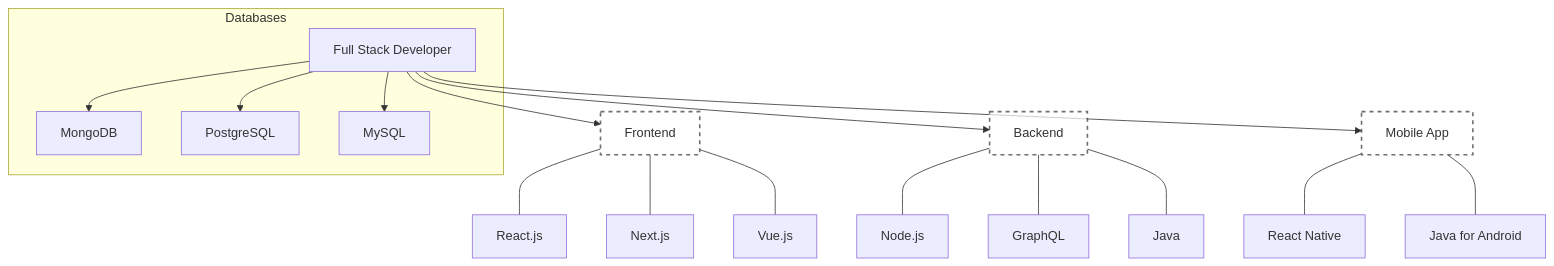
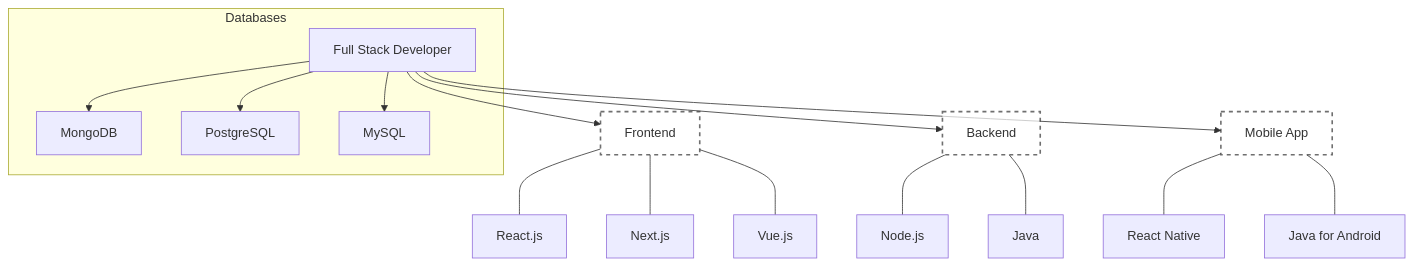
One commit to Abenu-Y/Abenu-Y changed the diagram in README.md. Above: the diagram before and after it, drawn with Mermaid. The commit also changed other lines of this file, not shown here.

````diff
--- a/README.md
+++ b/README.md
@@ -11,30 +10,29 @@
 ```mermaid
 graph TD;
     A[Full Stack Developer] --> B[Frontend]
     A --> C[Backend]
     A --> D[Mobile App]
     
     %% Pushing Frontend, Backend, and Mobile App down
     style B fill:#fff,stroke:#333,stroke-width:2px, stroke-dasharray: 5, 5, opacity:0.7;
     style C fill:#fff,stroke:#333,stroke-width:2px, stroke-dasharray: 5, 5, opacity:0.7;
     style D fill:#fff,stroke:#333,stroke-width:2px, stroke-dasharray: 5, 5, opacity:0.7;
 
     %% Increasing the height of the nodes
     classDef big fill:#fff,stroke:#333,stroke-width:2px;
     class B,C,D big;
     
     B --- React[React.js]
     B --- Next[Next.js]
     B --- Vue[Vue.js]
     C --- Node[Node.js]
-    C --- GraphQL[GraphQL]
     C --- Java[Java]
     D --- ReactNative[React Native]
     D --- Android[Java for Android]
     
     subgraph Databases
         A --> MongoDB[MongoDB]
         A --> PostgreSQL[PostgreSQL]
         A --> MySQL[MySQL]
     end
 ```
````
